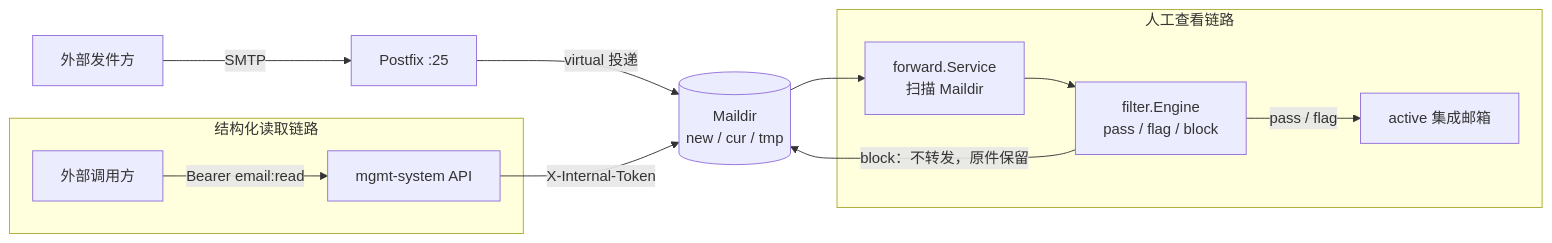
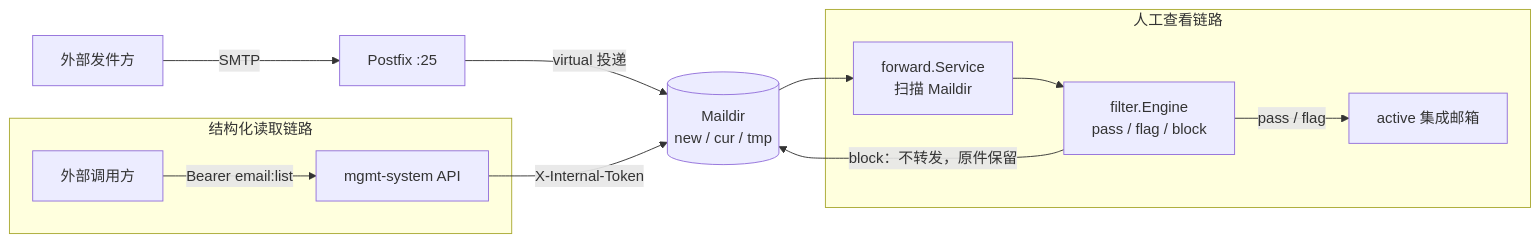
The second of 3 diagrams in docs/architecture-overview.md (snowflake-yezi/MailHub), drawn with Mermaid before and after one commit. The commit also changed other lines of this file and 30 other files, not shown here.

````diff
--- a/docs/architecture-overview.md
+++ b/docs/architecture-overview.md
@@ -228,24 +232,24 @@
 ```mermaid
 flowchart LR
     sender["外部发件方"] -->|"SMTP"| postfix["Postfix :25"]
     postfix -->|"virtual 投递"| maildir[("Maildir<br/>new / cur / tmp")]
 
     subgraph pipeA["人工查看链路"]
         scanner["forward.Service<br/>扫描 Maildir"]
         filter["filter.Engine<br/>pass / flag / block"]
         union["active 集成邮箱"]
     end
 
     subgraph pipeB["结构化读取链路"]
         mgmtAPI["mgmt-system API"]
         caller["外部调用方"]
     end
 
     maildir --> scanner
     scanner --> filter
     filter -->|"pass / flag"| union
     filter -->|"block：不转发，原件保留"| maildir
 
-    caller -->|"Bearer email:read"| mgmtAPI
+    caller -->|"Bearer email:list"| mgmtAPI
     mgmtAPI -->|"X-Internal-Token"| maildir
 ```
````
